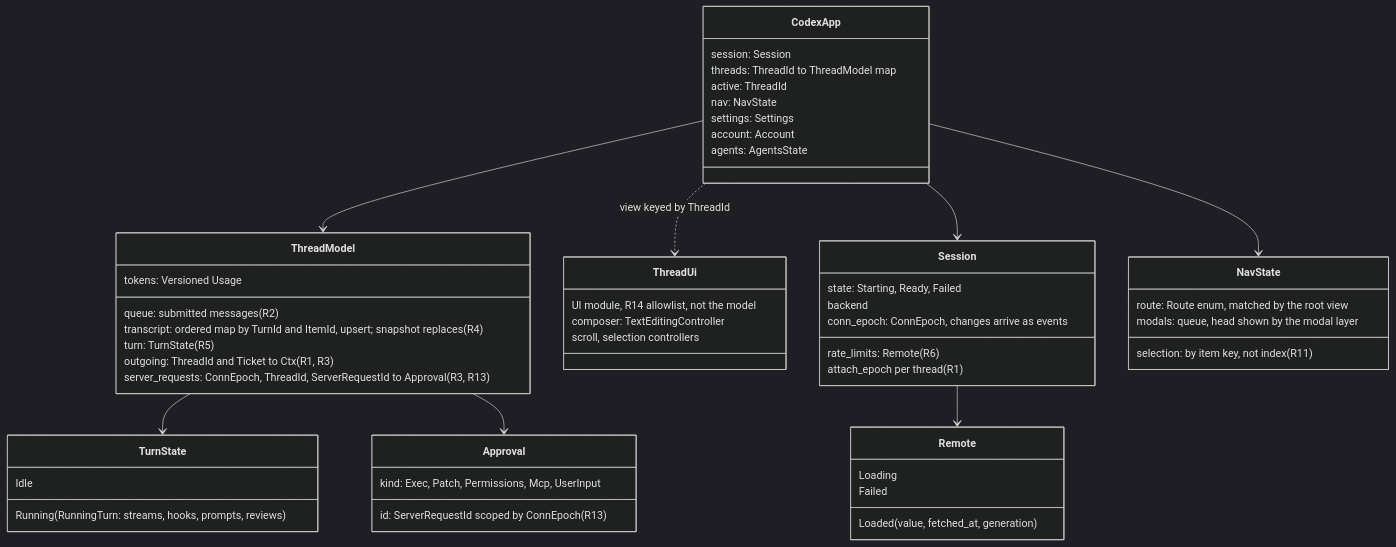
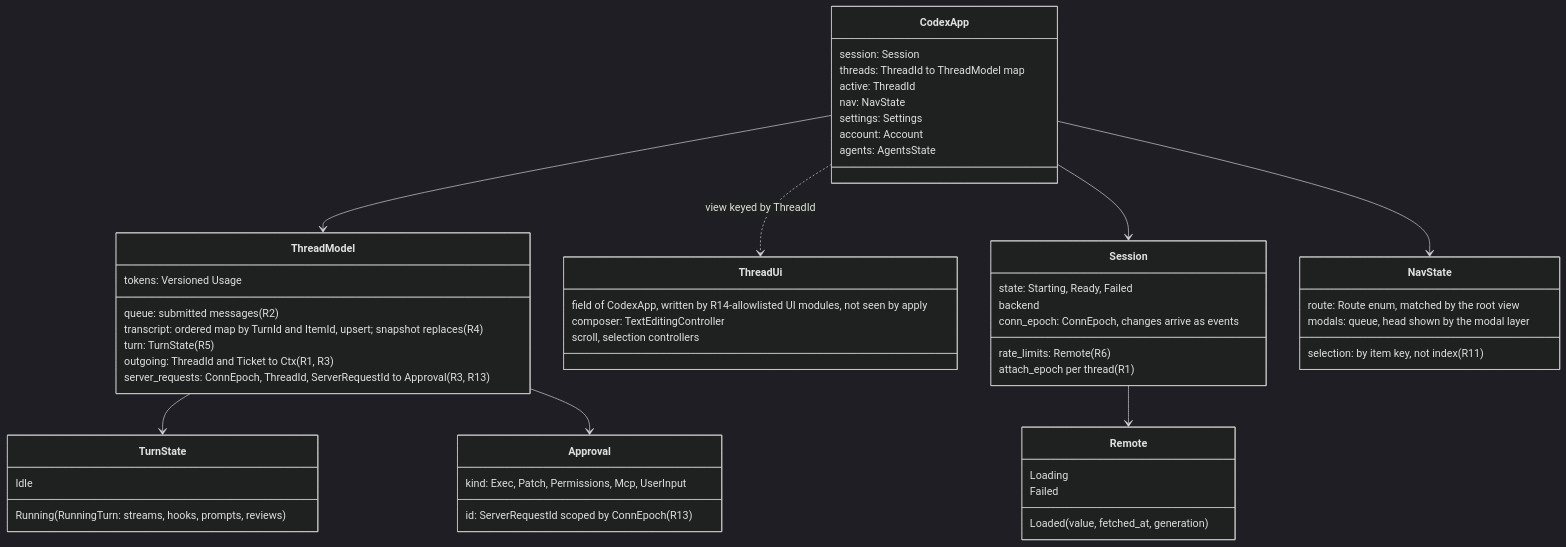
The sixth of 11 diagrams in docs/rtwk-port/design.md (Maryarty/CodexCLI), drawn with Mermaid (dark theme) before and after one commit. The commit also changed other lines of this file and 3 other files, not shown here.

````diff
--- a/docs/rtwk-port/design.md
+++ b/docs/rtwk-port/design.md
@@ -156,57 +156,57 @@
 ```mermaid
 classDiagram
   class CodexApp {
     session: Session
     threads: ThreadId to ThreadModel map
     active: ThreadId
     nav: NavState
     settings: Settings
     account: Account
     agents: AgentsState
   }
   class ThreadModel {
     queue: submitted messages (R2)
     transcript: ordered map by TurnId and ItemId, upsert; snapshot replaces (R4)
     turn: TurnState (R5)
     outgoing: ThreadId and Ticket to Ctx (R1, R3)
     server_requests: ConnEpoch, ThreadId, ServerRequestId to Approval (R3, R13)
     tokens: Versioned Usage
   }
   class ThreadUi {
-    UI module, R14 allowlist, not the model
+    field of CodexApp, written by R14-allowlisted UI modules, not seen by apply
     composer: TextEditingController
     scroll, selection controllers
   }
   class TurnState {
     Idle
     Running(RunningTurn: streams, hooks, prompts, reviews)
   }
   class Remote {
     Loading
     Loaded(value, fetched_at, generation)
     Failed
   }
   class Approval {
     id: ServerRequestId scoped by ConnEpoch (R13)
     kind: Exec, Patch, Permissions, Mcp, UserInput
   }
   class Session {
     state: Starting, Ready, Failed
     backend
     conn_epoch: ConnEpoch, changes arrive as events
     rate_limits: Remote (R6)
     attach_epoch per thread (R1)
   }
   class NavState {
     route: Route enum, matched by the root view
     modals: queue, head shown by the modal layer
     selection: by item key, not index (R11)
   }
   CodexApp --> ThreadModel
   ThreadModel --> TurnState
   ThreadModel --> Approval
   CodexApp ..> ThreadUi : view keyed by ThreadId
   CodexApp --> Session
   Session --> Remote
   CodexApp --> NavState
 ```
````
